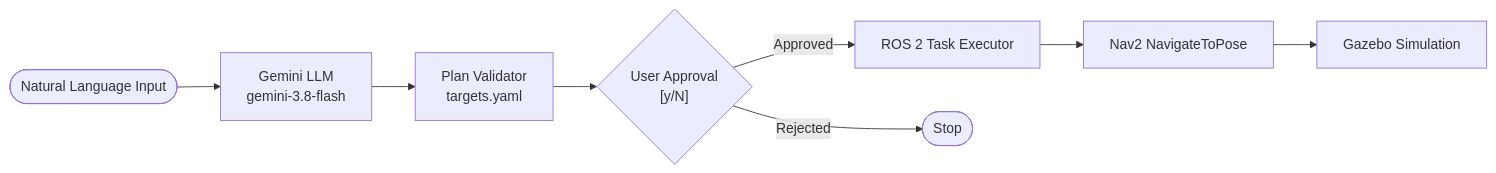
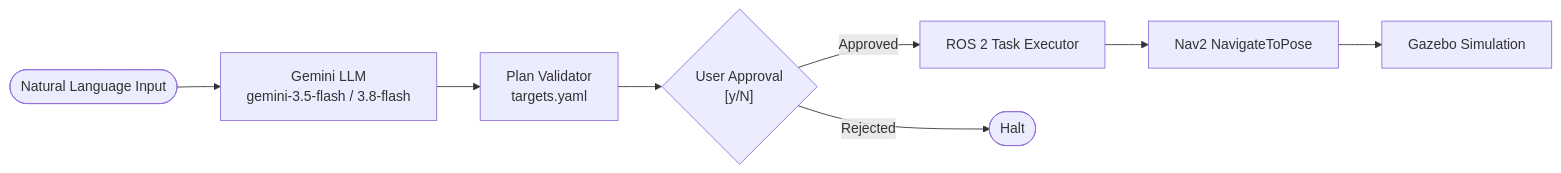
One commit to tanmay-madaan/llm-mobile-robot changed the diagram in README.md. Above: the diagram before and after it, drawn with Mermaid. The commit also changed other lines of this file, not shown here.

Commit message:
docs: update README with recruiter-ready demo section and architecture

````diff
--- a/README.md
+++ b/README.md
@@ -22,10 +37,10 @@
 ```mermaid
 flowchart LR
-    User([Natural Language Input]) --> LLM[Gemini LLM\ngemini-3.8-flash]
+    User([Natural Language Input]) --> LLM[Gemini LLM\ngemini-3.5-flash / 3.8-flash]
     LLM --> Validator[Plan Validator\ntargets.yaml]
     Validator --> Confirm{"User Approval<br>[y/N]"}
     Confirm -->|Approved| Executor[ROS 2 Task Executor]
-    Confirm -->|Rejected| Stop([Stop])
+    Confirm -->|Rejected| Stop([Halt])
     Executor --> Nav2[Nav2 NavigateToPose]
     Nav2 --> Gazebo[Gazebo Simulation]
 ```
````
